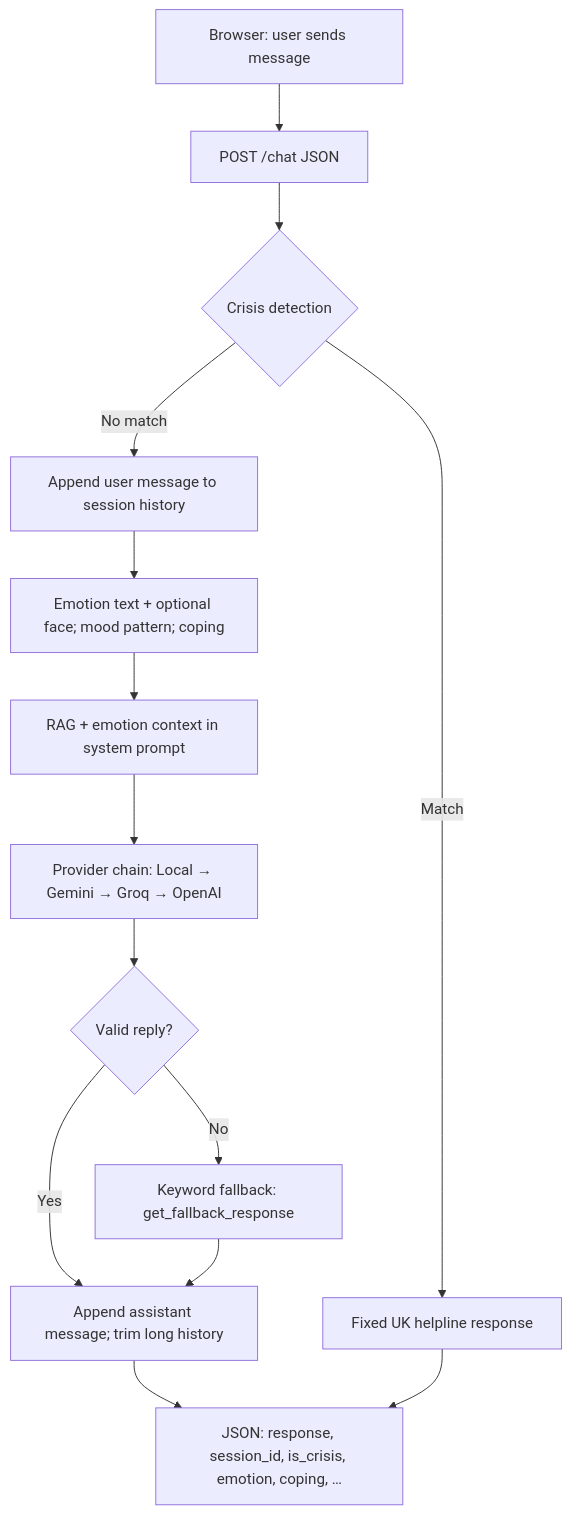
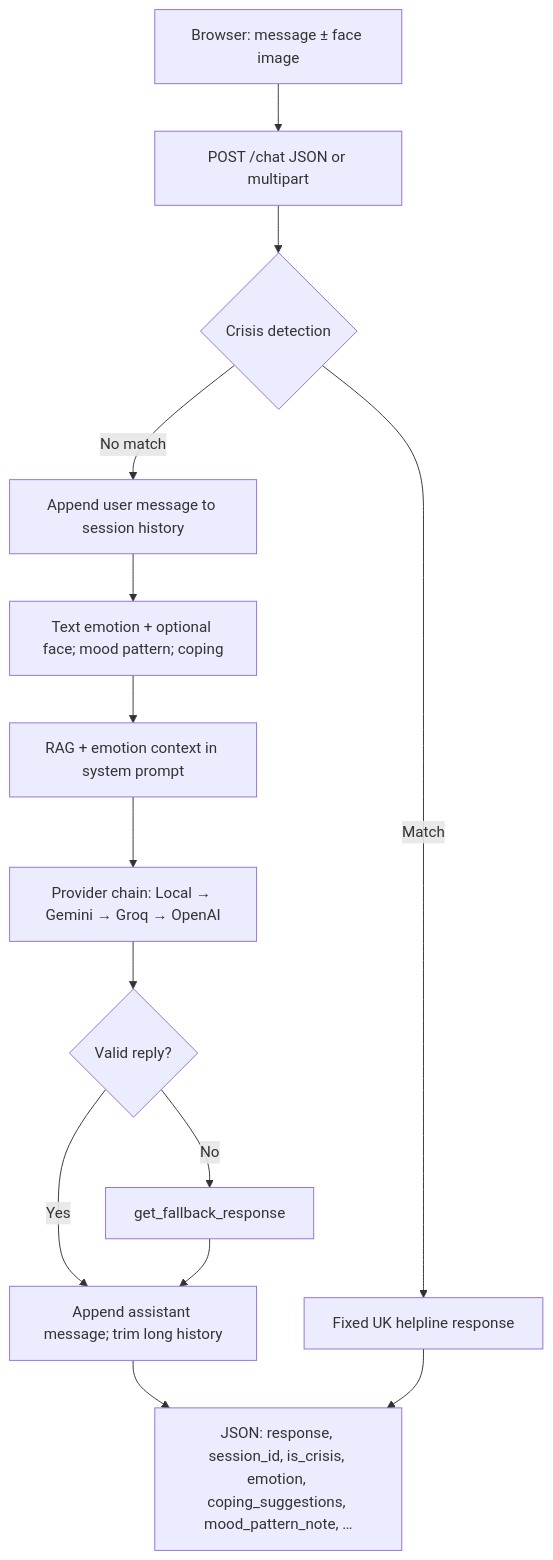
Before and after one commit to PriyankaaThakur/mental-health-chatbot89: the diagram in README.md, drawn with Mermaid. The commit also changed other lines of this file, not shown here.

````diff
--- a/README.md
+++ b/README.md
@@ -45,16 +49,16 @@
 ```mermaid
 flowchart TD
-  A[Browser: user sends message] --> B[POST /chat JSON]
+  A[Browser: message ± face image] --> B[POST /chat JSON or multipart]
   B --> C{Crisis detection}
   C -->|Match| D[Fixed UK helpline response]
   C -->|No match| E[Append user message to session history]
-  E --> E2[Emotion text + optional face; mood pattern; coping]
+  E --> E2[Text emotion + optional face; mood pattern; coping]
   E2 --> F[RAG + emotion context in system prompt]
   F --> G[Provider chain: Local → Gemini → Groq → OpenAI]
   G --> H{Valid reply?}
   H -->|Yes| I[Append assistant message; trim long history]
-  H -->|No| J[Keyword fallback: get_fallback_response]
+  H -->|No| J[get_fallback_response]
   J --> I
-  I --> K[JSON: response, session_id, is_crisis, emotion, coping, …]
+  I --> K[JSON: response, session_id, is_crisis, emotion, coping_suggestions, mood_pattern_note, …]
   D --> K
 ```
````
